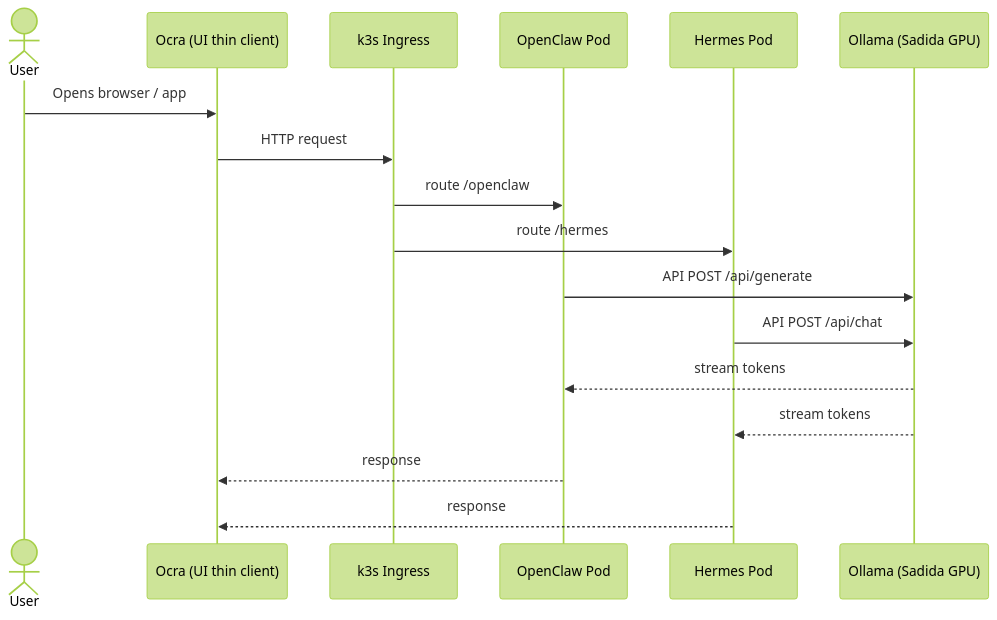
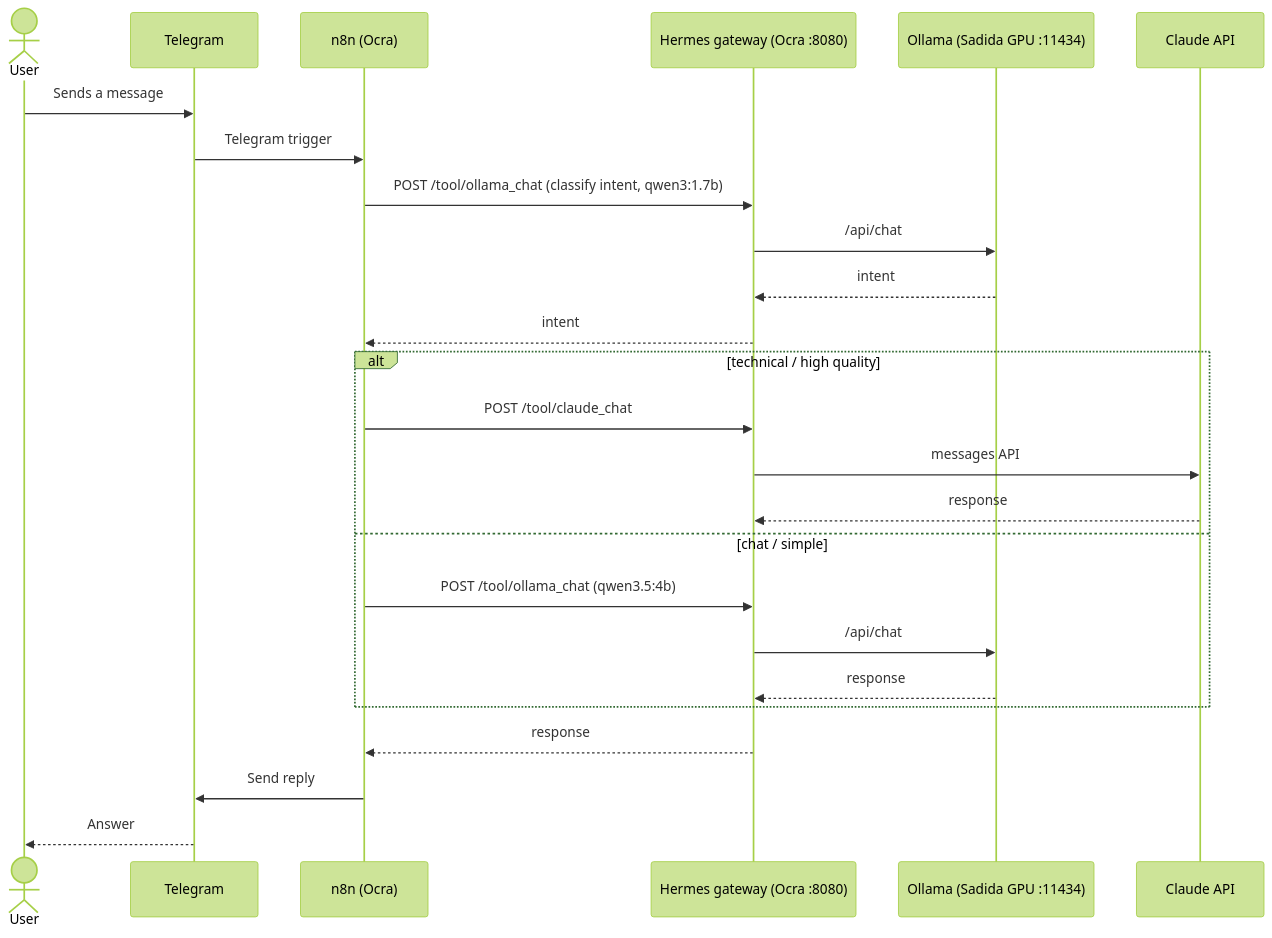
The second of 4 diagrams in README.md (SethSterling22/HomeLab_Architecture), drawn with Mermaid (forest theme) before and after one commit. The commit also changed other lines of this file and 11 other files, not shown here.

````diff
--- a/README.md
+++ b/README.md
@@ -132,20 +153,28 @@
 ```mermaid
 sequenceDiagram
     actor User
-    participant Ocra as Ocra (UI thin client)
-    participant k3s as k3s Ingress
-    participant OpenClaw as OpenClaw Pod
-    participant Hermes as Hermes Pod
-    participant Ollama as Ollama (Sadida GPU)
- 
-    User->>Ocra: Opens browser / app
-    Ocra->>k3s: HTTP request
-    k3s->>OpenClaw: route /openclaw
-    k3s->>Hermes: route /hermes
-    OpenClaw->>Ollama: API POST /api/generate
-    Hermes->>Ollama: API POST /api/chat
-    Ollama-->>OpenClaw: stream tokens
-    Ollama-->>Hermes: stream tokens
-    OpenClaw-->>Ocra: response
-    Hermes-->>Ocra: response
+    participant TG as Telegram
+    participant n8n as n8n (Ocra)
+    participant Hermes as Hermes gateway (Ocra :8080)
+    participant Ollama as Ollama (Sadida GPU :11434)
+    participant Claude as Claude API
+
+    User->>TG: Sends a message
+    TG->>n8n: Telegram trigger
+    n8n->>Hermes: POST /tool/ollama_chat (classify intent, qwen3:1.7b)
+    Hermes->>Ollama: /api/chat
+    Ollama-->>Hermes: intent
+    Hermes-->>n8n: intent
+    alt technical / high quality
+        n8n->>Hermes: POST /tool/claude_chat
+        Hermes->>Claude: messages API
+        Claude-->>Hermes: response
+    else chat / simple
+        n8n->>Hermes: POST /tool/ollama_chat (qwen3.5:4b)
+        Hermes->>Ollama: /api/chat
+        Ollama-->>Hermes: response
+    end
+    Hermes-->>n8n: response
+    n8n->>TG: Send reply
+    TG-->>User: Answer
 ```
````
